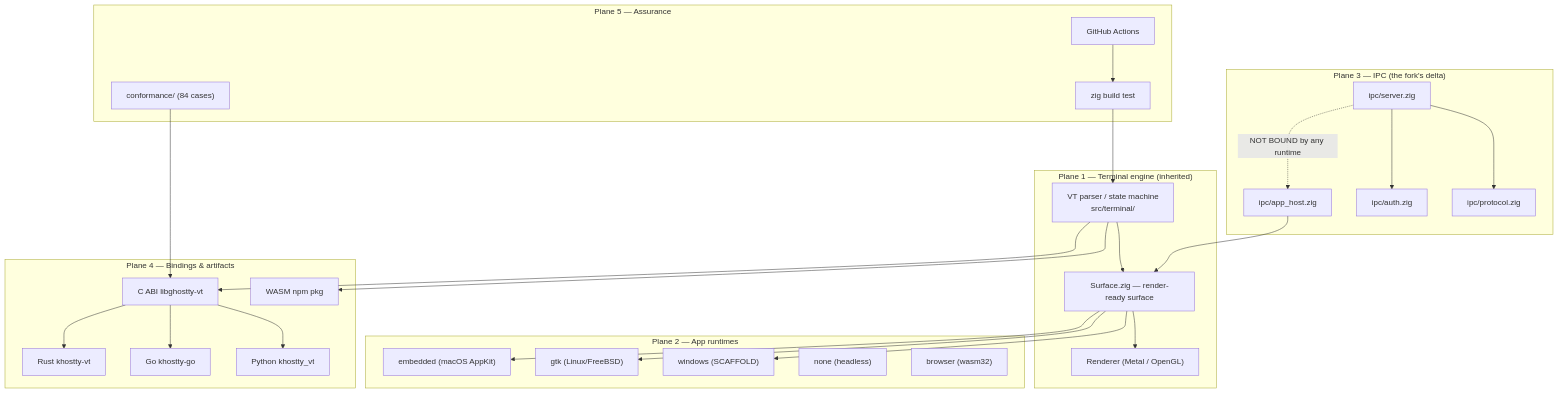
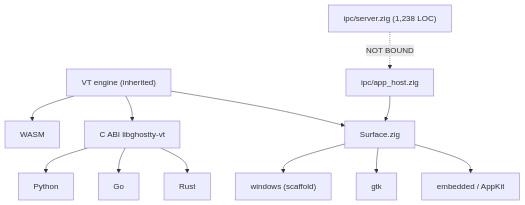
The diagram in docs/audits-archive/2026-10-17-docket-v1/STATE-AND-FORWARD-DOCKET-v1.md (KooshaPari/Khostty), drawn with Mermaid before and after one commit. The commit also changed other lines of this file and 2 other files, not shown here.

````diff
--- a/docs/audits-archive/2026-10-17-docket-v1/STATE-AND-FORWARD-DOCKET-v1.md
+++ b/docs/audits-archive/2026-10-17-docket-v1/STATE-AND-FORWARD-DOCKET-v1.md
@@ -250,49 +141,11 @@
 ```mermaid
 graph TB
-  subgraph P1["Plane 1 — Terminal engine (inherited)"]
-    VT["VT parser / state machine<br/>src/terminal/"]
-    SURF["Surface.zig — render-ready surface"]
-    REN["Renderer (Metal / OpenGL)"]
-  end
-  subgraph P2["Plane 2 — App runtimes"]
-    EMB["embedded (macOS AppKit)"]
-    GTK["gtk (Linux/FreeBSD)"]
-    WIN["windows (SCAFFOLD)"]
-    NONE["none (headless)"]
-    WEB["browser (wasm32)"]
-  end
-  subgraph P3["Plane 3 — IPC (the fork's delta)"]
-    SRV["ipc/server.zig"]
-    HOST["ipc/app_host.zig"]
-    AUTH["ipc/auth.zig"]
-    PROTO["ipc/protocol.zig"]
-  end
-  subgraph P4["Plane 4 — Bindings & artifacts"]
-    C["C ABI libghostty-vt"]
-    RS["Rust khostty-vt"]
-    GO["Go khostty-go"]
-    PY["Python khostty_vt"]
-    W["WASM npm pkg"]
-  end
-  subgraph P5["Plane 5 — Assurance"]
-    CONF["conformance/ (84 cases)"]
-    ZT["zig build test"]
-    CI["GitHub Actions"]
-  end
-  VT --> SURF --> REN
-  SURF --> EMB
-  SURF --> GTK
-  SURF --> WIN
-  VT --> C
-  C --> RS
-  C --> GO
-  C --> PY
-  VT --> W
-  SRV -. "NOT BOUND by any runtime" .-> HOST
+  VT["VT engine (inherited)"] --> SURF["Surface.zig"]
+  SURF --> EMB["embedded / AppKit"]
+  SURF --> GTK["gtk"]
+  SURF --> WIN["windows (scaffold)"]
+  VT --> C["C ABI libghostty-vt"] --> RS["Rust"] & GO["Go"] & PY["Python"]
+  VT --> W["WASM"]
+  SRV["ipc/server.zig (1,238 LOC)"] -. "NOT BOUND" .-> HOST["ipc/app_host.zig"]
   HOST --> SURF
-  SRV --> AUTH
-  SRV --> PROTO
-  CONF --> C
-  ZT --> VT
-  CI --> ZT
 ```
````
